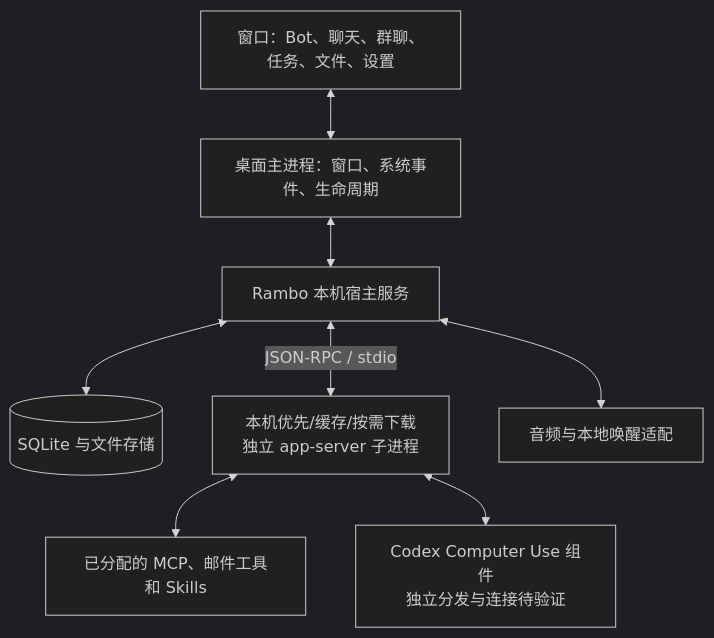
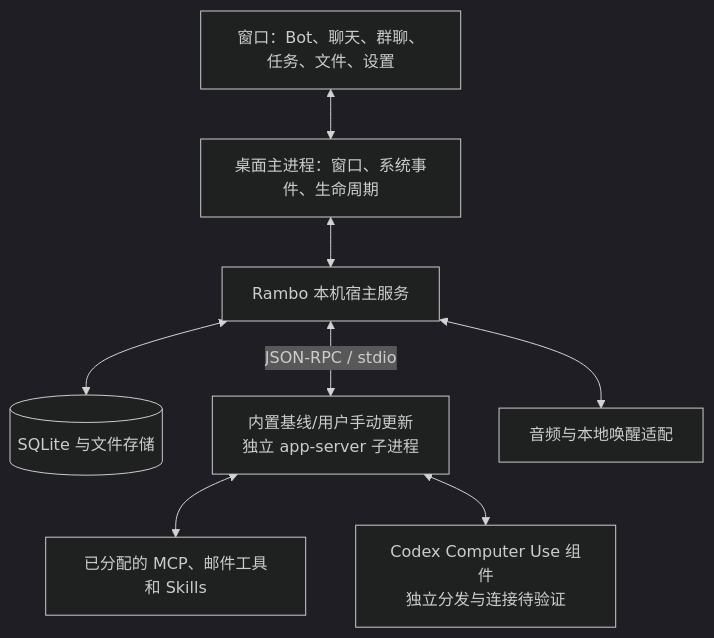
Before and after one commit to jiawei666/Rambo: the diagram in docs/technical-design.md, drawn with Mermaid (dark theme). The commit also changed other lines of this file and 51 other files, not shown here.

````diff
--- a/docs/technical-design.md
+++ b/docs/technical-design.md
@@ -15,18 +15,18 @@
 ```mermaid
 flowchart TD
     UI[窗口：Bot、聊天、群聊、任务、文件、设置]
     MAIN[桌面主进程：窗口、系统事件、生命周期]
     HOST[Rambo 本机宿主服务]
     DB[(SQLite 与文件存储)]
-    CODEX[本机优先/缓存/按需下载\n独立 app-server 子进程]
+    CODEX[内置基线/用户手动更新\n独立 app-server 子进程]
     AUDIO[音频与本地唤醒适配]
     MCP[已分配的 MCP、邮件工具和 Skills]
     CU[Codex Computer Use 组件\n独立分发与连接待验证]
     UI <--> MAIN
     MAIN <--> HOST
     HOST <--> DB
     HOST <-->|JSON-RPC / stdio| CODEX
     HOST <--> AUDIO
     CODEX <--> MCP
     CODEX <--> CU
 ```
````
